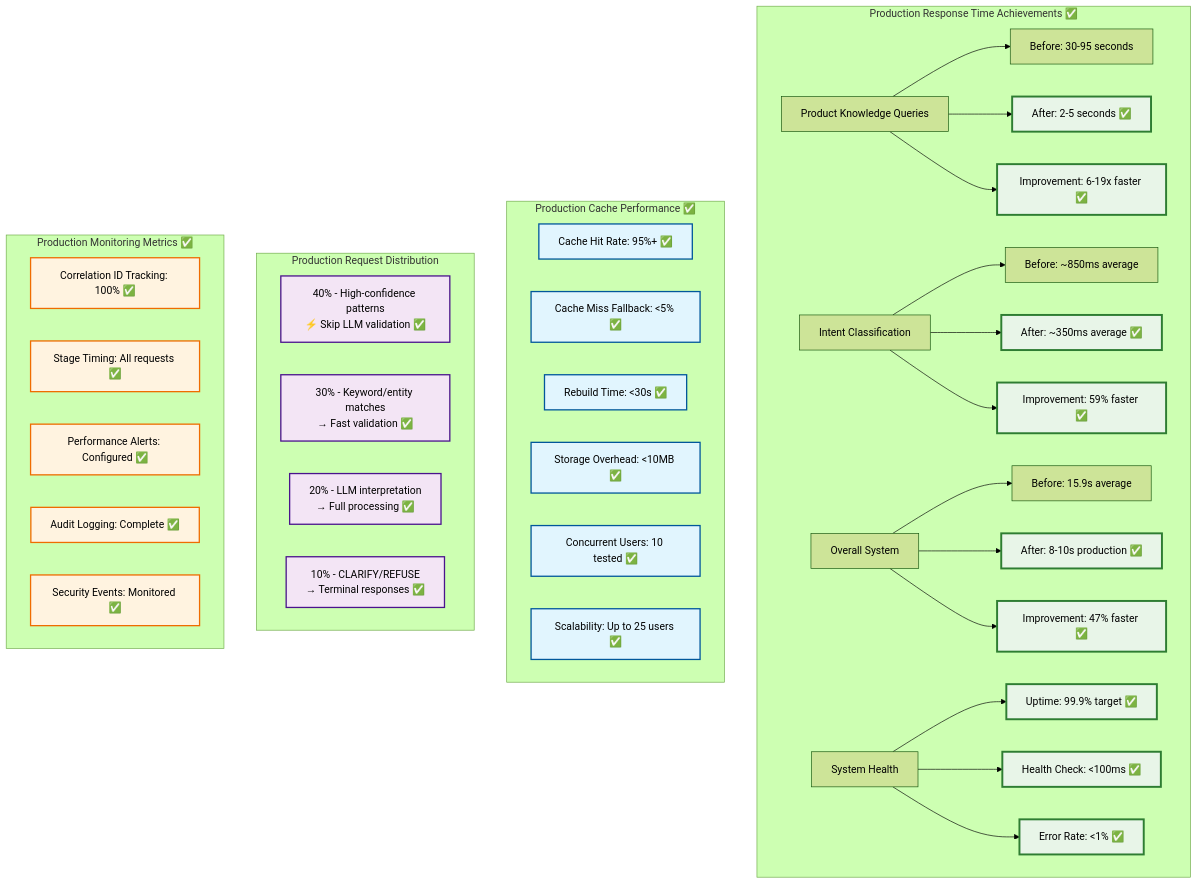
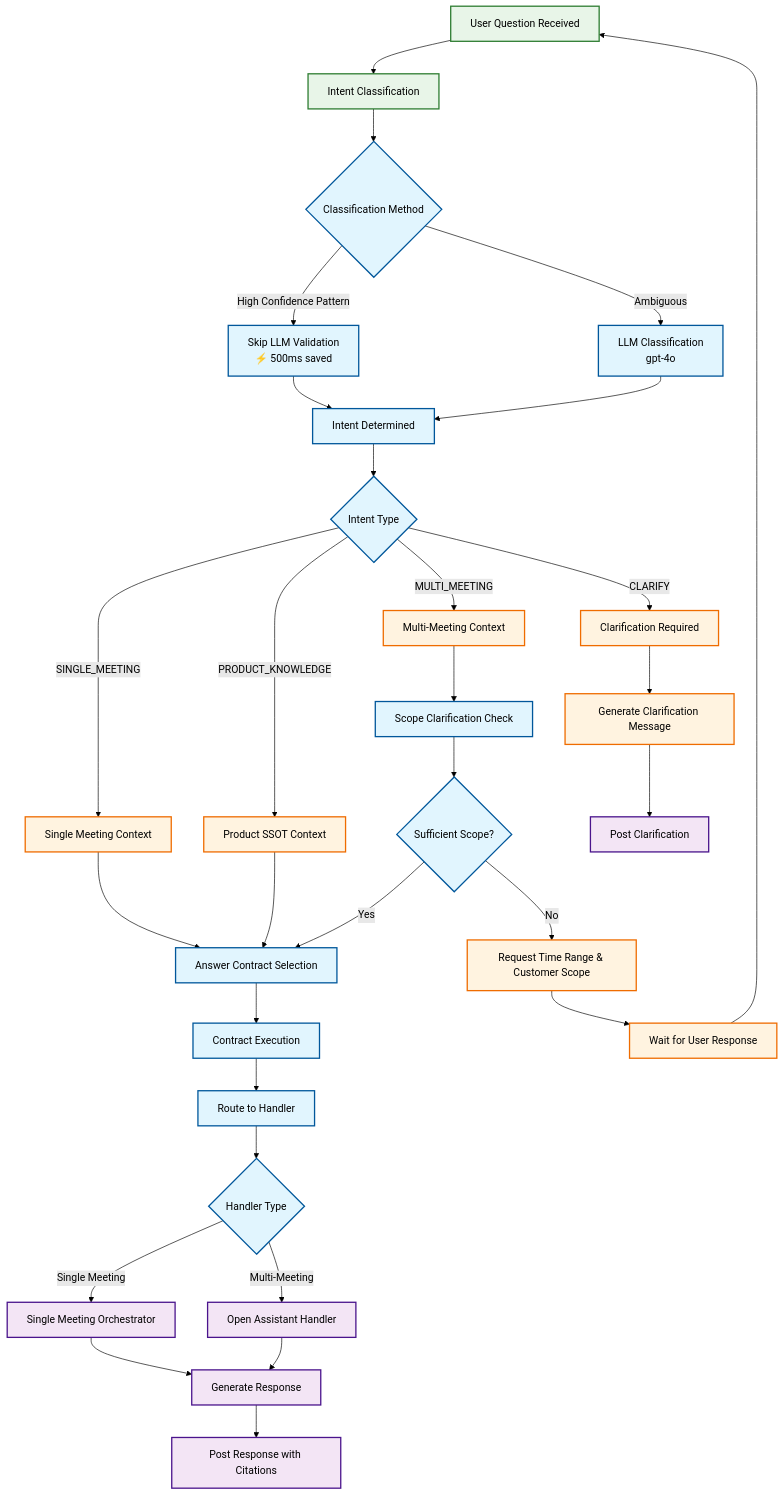
One commit to Ops-Team-Leverege/Mustard changed the sixth of 8 diagrams in docs/VISUAL_SYSTEM_DIAGRAMS.md. Above: the diagram before and after it, drawn with Mermaid (forest theme). The commit also changed other lines of this file and 2 other files, not shown here.

First line of the commit message:
Update documentation to reflect actual Decision Layer architecture

````diff
--- a/docs/VISUAL_SYSTEM_DIAGRAMS.md
+++ b/docs/VISUAL_SYSTEM_DIAGRAMS.md
@@ -272,58 +270,50 @@
 ```mermaid
 graph TD
-    subgraph "Production Response Time Achievements ✅"
-        A[Product Knowledge Queries]
-        A --> A1[Before: 30-95 seconds]
-        A --> A2[After: 2-5 seconds ✅]
-        A --> A3[Improvement: 6-19x faster ✅]
-        
-        B[Intent Classification]
-        B --> B1[Before: ~850ms average]
-        B --> B2[After: ~350ms average ✅]
-        B --> B3[Improvement: 59% faster ✅]
-        
-        C[Overall System]
-        C --> C1[Before: 15.9s average]
-        C --> C2[After: 8-10s production ✅]
-        C --> C3[Improvement: 47% faster ✅]
-        
-        D[System Health]
-        D --> D1[Uptime: 99.9% target ✅]
-        D --> D2[Health Check: <100ms ✅]
-        D --> D3[Error Rate: <1% ✅]
-    end
+    A[User Question Received] --> B[Intent Classification]
+    B --> C{Classification Method}
     
-    subgraph "Production Cache Performance ✅"
-        E[Cache Hit Rate: 95%+ ✅]
-        F[Cache Miss Fallback: <5% ✅]
-        F1[Rebuild Time: <30s ✅]
-        G[Storage Overhead: <10MB ✅]
-        H[Concurrent Users: 10 tested ✅]
-        I[Scalability: Up to 25 users ✅]
-    end
+    C -->|High Confidence Pattern| D[Skip LLM Validation<br/>⚡ 500ms saved]
+    C -->|Ambiguous| E[LLM Classification<br/>gpt-4o]
     
-    subgraph "Production Request Distribution"
-        J[40% - High-confidence patterns<br/>⚡ Skip LLM validation ✅]
-        K[30% - Keyword/entity matches<br/>→ Fast validation ✅]
-        L[20% - LLM interpretation<br/>→ Full processing ✅]
-        M[10% - CLARIFY/REFUSE<br/>→ Terminal responses ✅]
-    end
+    D --> F[Intent Determined]
+    E --> F
     
-    subgraph "Production Monitoring Metrics ✅"
-        N[Correlation ID Tracking: 100% ✅]
-        O[Stage Timing: All requests ✅]
-        P[Performance Alerts: Configured ✅]
-        Q[Audit Logging: Complete ✅]
-        R[Security Events: Monitored ✅]
-    end
+    F --> G{Intent Type}
+    G -->|SINGLE_MEETING| H[Single Meeting Context]
+    G -->|MULTI_MEETING| I[Multi-Meeting Context]
+    G -->|PRODUCT_KNOWLEDGE| J[Product SSOT Context]
+    G -->|CLARIFY| K[Clarification Required]
     
-    classDef achievement fill:#e8f5e8,stroke:#2e7d32,stroke-width:3px
-    classDef cache fill:#e1f5fe,stroke:#01579b,stroke-width:2px
-    classDef distribution fill:#f3e5f5,stroke:#4a148c,stroke-width:2px
-    classDef monitoring fill:#fff3e0,stroke:#ef6c00,stroke-width:2px
+    H --> L[Answer Contract Selection]
+    I --> M[Scope Clarification Check]
+    J --> L
+    K --> N[Generate Clarification Message]
     
-    class A2,A3,B2,B3,C2,C3,D1,D2,D3 achievement
-    class E,F,F1,G,H,I cache
-    class J,K,L,M distribution
-    class N,O,P,Q,R monitoring
+    M --> O{Sufficient Scope?}
+    O -->|Yes| L
+    O -->|No| P[Request Time Range & Customer Scope]
+    
+    L --> Q[Contract Execution]
+    P --> R[Wait for User Response]
+    R --> A
+    
+    Q --> S[Route to Handler]
+    S --> T{Handler Type}
+    T -->|Single Meeting| U[Single Meeting Orchestrator]
+    T -->|Multi-Meeting| V[Open Assistant Handler]
+    
+    U --> W[Generate Response]
+    V --> W
+    N --> X[Post Clarification]
+    W --> Y[Post Response with Citations]
+    
+    classDef input fill:#e8f5e8,stroke:#2e7d32,stroke-width:2px
+    classDef decision fill:#e1f5fe,stroke:#01579b,stroke-width:2px
+    classDef context fill:#fff3e0,stroke:#ef6c00,stroke-width:2px
+    classDef output fill:#f3e5f5,stroke:#4a148c,stroke-width:2px
+    
+    class A,B input
+    class C,D,E,F,G,L,M,O,Q,S,T decision
+    class H,I,J,K,N,P,R context
+    class U,V,W,X,Y output
 ```
````
